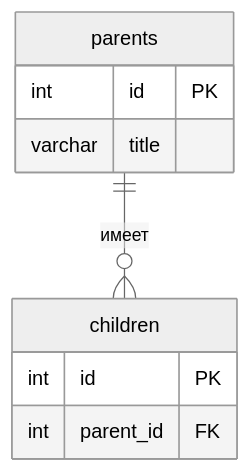
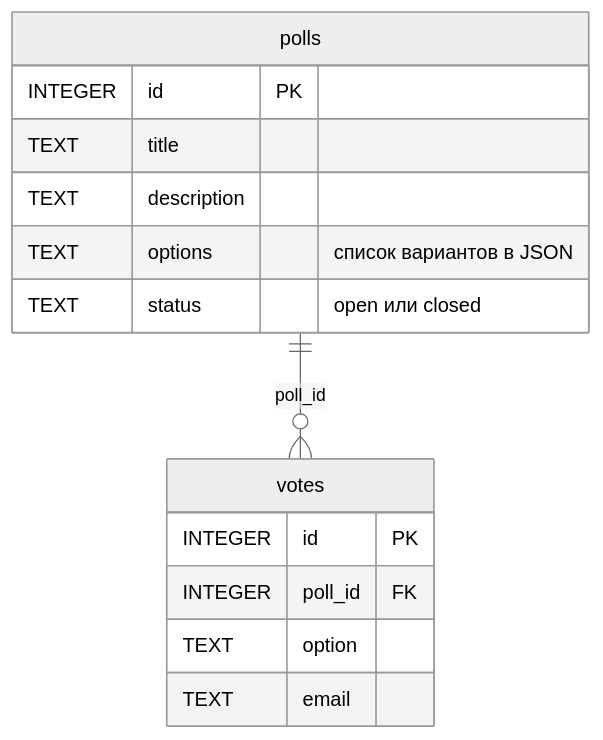
Before and after one commit to Varlamovaseny/backend-varlamova-polls: the diagram in README.md, drawn with Mermaid (neutral theme). The commit also changed other lines of this file and 2 other files, not shown here.

````diff
--- a/README.md
+++ b/README.md
@@ -42,12 +50,17 @@
 ```mermaid
 erDiagram
-    parents ||--o{ children : "имеет"
-    parents {
-        int id PK
-        varchar title
+    polls ||--o{ votes : "poll_id"
+    polls {
+        INTEGER id PK
+        TEXT title
+        TEXT description
+        TEXT options "список вариантов в JSON"
+        TEXT status "open или closed"
     }
-    children {
-        int id PK
-        int parent_id FK
+    votes {
+        INTEGER id PK
+        INTEGER poll_id FK
+        TEXT option
+        TEXT email
     }
 ```
````
